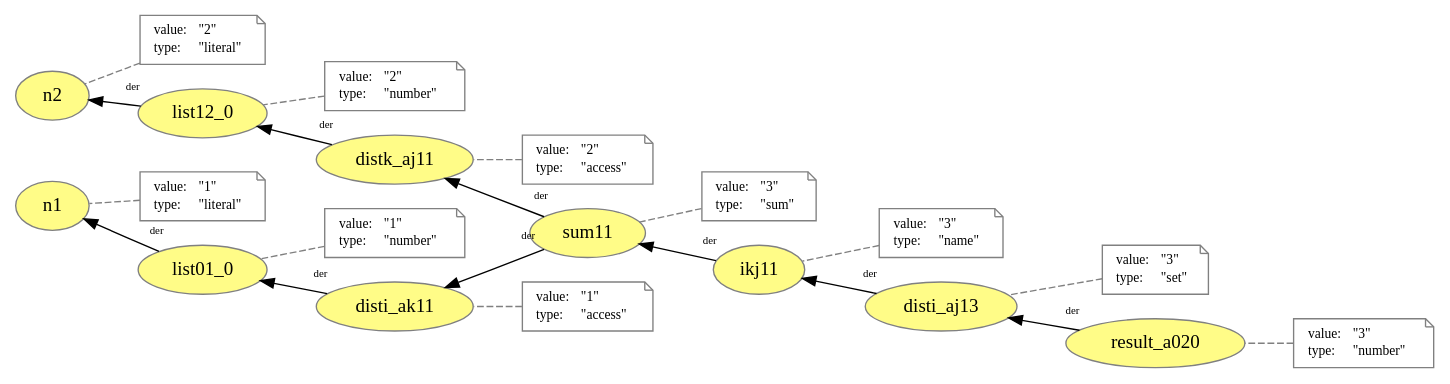
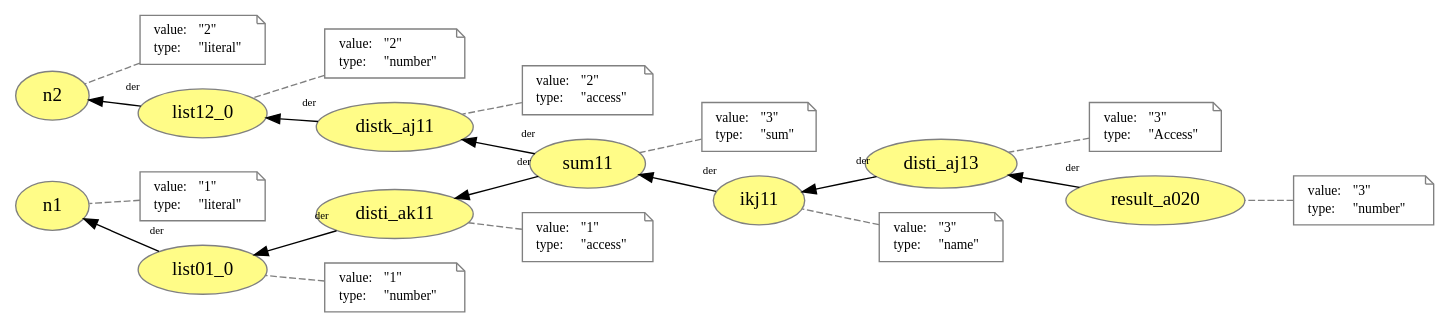
One commit to dew-uff/versioned-prov changed the diagram in prov_dictionary/query.dot. Above: the diagram before and after it, drawn with Graphviz. The commit also changed 486 other files, not shown here.

```diff
--- a/prov_dictionary/query.dot
+++ b/prov_dictionary/query.dot
@@ -1,131 +1,131 @@
 digraph "PROV" { size="16,12"; rankdir="RL";
-"http://example.org/result_a020" -> "http://example.org/disti_aj13" [labelfontsize="8",labeldistance="1.5",labelangle="60.0",rotation="20",taillabel="der"]
-"http://example.org/sum11" -> "http://example.org/distk_aj11" [labelfontsize="8",labeldistance="1.5",labelangle="60.0",rotation="20",taillabel="der"]
-"http://example.org/distk_aj11" -> "http://example.org/list12_0" [labelfontsize="8",labeldistance="1.5",labelangle="60.0",rotation="20",taillabel="der"]
-"http://example.org/result_a020" [fillcolor="#FFFC87",color="#808080",style="filled",label="result_a020",URL="http://example.org/result_a020"]
+"http://example.org/list12_0" [fillcolor="#FFFC87",color="#808080",style="filled",label="list12_0",URL="http://example.org/list12_0"]
 "-attrs0" [color="gray",shape="note",fontsize="10",fontcolor="black",label=<<TABLE cellpadding="0" border="0">
-	<TR>
-	    <TD align="left">value:</TD>
-	    <TD align="left">&quot;3&quot;</TD>
-	</TR>
-	<TR>
-	    <TD align="left">type:</TD>
-	    <TD align="left">&quot;number&quot;</TD>
-	</TR>
-</TABLE>>]
-"-attrs0" -> "http://example.org/result_a020" [color="gray",style="dashed",arrowhead="none"]
-"http://example.org/disti_aj13" -> "http://example.org/ikj11" [labelfontsize="8",labeldistance="1.5",labelangle="60.0",rotation="20",taillabel="der"]
-"http://example.org/list12_0" -> "http://example.org/n2" [labelfontsize="8",labeldistance="1.5",labelangle="60.0",rotation="20",taillabel="der"]
-"http://example.org/list12_0" [fillcolor="#FFFC87",color="#808080",style="filled",label="list12_0",URL="http://example.org/list12_0"]
-"-attrs1" [color="gray",shape="note",fontsize="10",fontcolor="black",label=<<TABLE cellpadding="0" border="0">
 	<TR>
 	    <TD align="left">value:</TD>
 	    <TD align="left">&quot;2&quot;</TD>
 	</TR>
 	<TR>
 	    <TD align="left">type:</TD>
 	    <TD align="left">&quot;number&quot;</TD>
 	</TR>
 </TABLE>>]
-"-attrs1" -> "http://example.org/list12_0" [color="gray",style="dashed",arrowhead="none"]
-"http://example.org/list01_0" [fillcolor="#FFFC87",color="#808080",style="filled",label="list01_0",URL="http://example.org/list01_0"]
+"-attrs0" -> "http://example.org/list12_0" [color="gray",style="dashed",arrowhead="none"]
+"http://example.org/disti_aj13" [fillcolor="#FFFC87",color="#808080",style="filled",label="disti_aj13",URL="http://example.org/disti_aj13"]
+"-attrs1" [color="gray",shape="note",fontsize="10",fontcolor="black",label=<<TABLE cellpadding="0" border="0">
+	<TR>
+	    <TD align="left">value:</TD>
+	    <TD align="left">&quot;3&quot;</TD>
+	</TR>
+	<TR>
+	    <TD align="left">type:</TD>
+	    <TD align="left">&quot;Access&quot;</TD>
+	</TR>
+</TABLE>>]
+"-attrs1" -> "http://example.org/disti_aj13" [color="gray",style="dashed",arrowhead="none"]
+"http://example.org/disti_ak11" [fillcolor="#FFFC87",color="#808080",style="filled",label="disti_ak11",URL="http://example.org/disti_ak11"]
 "-attrs2" [color="gray",shape="note",fontsize="10",fontcolor="black",label=<<TABLE cellpadding="0" border="0">
 	<TR>
 	    <TD align="left">value:</TD>
 	    <TD align="left">&quot;1&quot;</TD>
 	</TR>
 	<TR>
 	    <TD align="left">type:</TD>
-	    <TD align="left">&quot;number&quot;</TD>
+	    <TD align="left">&quot;access&quot;</TD>
 	</TR>
 </TABLE>>]
-"-attrs2" -> "http://example.org/list01_0" [color="gray",style="dashed",arrowhead="none"]
+"-attrs2" -> "http://example.org/disti_ak11" [color="gray",style="dashed",arrowhead="none"]
 "http://example.org/n2" [fillcolor="#FFFC87",color="#808080",style="filled",label="n2",URL="http://example.org/n2"]
 "-attrs3" [color="gray",shape="note",fontsize="10",fontcolor="black",label=<<TABLE cellpadding="0" border="0">
 	<TR>
 	    <TD align="left">value:</TD>
 	    <TD align="left">&quot;2&quot;</TD>
 	</TR>
 	<TR>
 	    <TD align="left">type:</TD>
 	    <TD align="left">&quot;literal&quot;</TD>
 	</TR>
 </TABLE>>]
 "-attrs3" -> "http://example.org/n2" [color="gray",style="dashed",arrowhead="none"]
+"http://example.org/sum11" -> "http://example.org/disti_ak11" [labelfontsize="8",labeldistance="1.5",labelangle="60.0",rotation="20",taillabel="der"]
+"http://example.org/disti_ak11" -> "http://example.org/list01_0" [labelfontsize="8",labeldistance="1.5",labelangle="60.0",rotation="20",taillabel="der"]
+"http://example.org/list01_0" [fillcolor="#FFFC87",color="#808080",style="filled",label="list01_0",URL="http://example.org/list01_0"]
+"-attrs4" [color="gray",shape="note",fontsize="10",fontcolor="black",label=<<TABLE cellpadding="0" border="0">
+	<TR>
+	    <TD align="left">value:</TD>
+	    <TD align="left">&quot;1&quot;</TD>
+	</TR>
+	<TR>
+	    <TD align="left">type:</TD>
+	    <TD align="left">&quot;number&quot;</TD>
+	</TR>
+</TABLE>>]
+"-attrs4" -> "http://example.org/list01_0" [color="gray",style="dashed",arrowhead="none"]
+"http://example.org/n1" [fillcolor="#FFFC87",color="#808080",style="filled",label="n1",URL="http://example.org/n1"]
+"-attrs5" [color="gray",shape="note",fontsize="10",fontcolor="black",label=<<TABLE cellpadding="0" border="0">
+	<TR>
+	    <TD align="left">value:</TD>
+	    <TD align="left">&quot;1&quot;</TD>
+	</TR>
+	<TR>
+	    <TD align="left">type:</TD>
+	    <TD align="left">&quot;literal&quot;</TD>
+	</TR>
+</TABLE>>]
+"-attrs5" -> "http://example.org/n1" [color="gray",style="dashed",arrowhead="none"]
+"http://example.org/result_a020" [fillcolor="#FFFC87",color="#808080",style="filled",label="result_a020",URL="http://example.org/result_a020"]
+"-attrs6" [color="gray",shape="note",fontsize="10",fontcolor="black",label=<<TABLE cellpadding="0" border="0">
+	<TR>
+	    <TD align="left">value:</TD>
+	    <TD align="left">&quot;3&quot;</TD>
+	</TR>
+	<TR>
+	    <TD align="left">type:</TD>
+	    <TD align="left">&quot;number&quot;</TD>
+	</TR>
+</TABLE>>]
+"-attrs6" -> "http://example.org/result_a020" [color="gray",style="dashed",arrowhead="none"]
+"http://example.org/result_a020" -> "http://example.org/disti_aj13" [labelfontsize="8",labeldistance="1.5",labelangle="60.0",rotation="20",taillabel="der"]
+"http://example.org/sum11" [fillcolor="#FFFC87",color="#808080",style="filled",label="sum11",URL="http://example.org/sum11"]
+"-attrs7" [color="gray",shape="note",fontsize="10",fontcolor="black",label=<<TABLE cellpadding="0" border="0">
+	<TR>
+	    <TD align="left">value:</TD>
+	    <TD align="left">&quot;3&quot;</TD>
+	</TR>
+	<TR>
+	    <TD align="left">type:</TD>
+	    <TD align="left">&quot;sum&quot;</TD>
+	</TR>
+</TABLE>>]
+"-attrs7" -> "http://example.org/sum11" [color="gray",style="dashed",arrowhead="none"]
+"http://example.org/sum11" -> "http://example.org/distk_aj11" [labelfontsize="8",labeldistance="1.5",labelangle="60.0",rotation="20",taillabel="der"]
+"http://example.org/list12_0" -> "http://example.org/n2" [labelfontsize="8",labeldistance="1.5",labelangle="60.0",rotation="20",taillabel="der"]
+"http://example.org/distk_aj11" -> "http://example.org/list12_0" [labelfontsize="8",labeldistance="1.5",labelangle="60.0",rotation="20",taillabel="der"]
+"http://example.org/ikj11" -> "http://example.org/sum11" [labelfontsize="8",labeldistance="1.5",labelangle="60.0",rotation="20",taillabel="der"]
+"http://example.org/distk_aj11" [fillcolor="#FFFC87",color="#808080",style="filled",label="distk_aj11",URL="http://example.org/distk_aj11"]
+"-attrs8" [color="gray",shape="note",fontsize="10",fontcolor="black",label=<<TABLE cellpadding="0" border="0">
+	<TR>
+	    <TD align="left">value:</TD>
+	    <TD align="left">&quot;2&quot;</TD>
+	</TR>
+	<TR>
+	    <TD align="left">type:</TD>
+	    <TD align="left">&quot;access&quot;</TD>
+	</TR>
+</TABLE>>]
+"-attrs8" -> "http://example.org/distk_aj11" [color="gray",style="dashed",arrowhead="none"]
 "http://example.org/ikj11" [fillcolor="#FFFC87",color="#808080",style="filled",label="ikj11",URL="http://example.org/ikj11"]
-"-attrs4" [color="gray",shape="note",fontsize="10",fontcolor="black",label=<<TABLE cellpadding="0" border="0">
+"-attrs9" [color="gray",shape="note",fontsize="10",fontcolor="black",label=<<TABLE cellpadding="0" border="0">
 	<TR>
 	    <TD align="left">value:</TD>
 	    <TD align="left">&quot;3&quot;</TD>
 	</TR>
 	<TR>
 	    <TD align="left">type:</TD>
 	    <TD align="left">&quot;name&quot;</TD>
 	</TR>
 </TABLE>>]
-"-attrs4" -> "http://example.org/ikj11" [color="gray",style="dashed",arrowhead="none"]
+"-attrs9" -> "http://example.org/ikj11" [color="gray",style="dashed",arrowhead="none"]
+"http://example.org/disti_aj13" -> "http://example.org/ikj11" [labelfontsize="8",labeldistance="1.5",labelangle="60.0",rotation="20",taillabel="der"]
 "http://example.org/list01_0" -> "http://example.org/n1" [labelfontsize="8",labeldistance="1.5",labelangle="60.0",rotation="20",taillabel="der"]
-"http://example.org/disti_aj13" [fillcolor="#FFFC87",color="#808080",style="filled",label="disti_aj13",URL="http://example.org/disti_aj13"]
-"-attrs5" [color="gray",shape="note",fontsize="10",fontcolor="black",label=<<TABLE cellpadding="0" border="0">
-	<TR>
-	    <TD align="left">value:</TD>
-	    <TD align="left">&quot;3&quot;</TD>
-	</TR>
-	<TR>
-	    <TD align="left">type:</TD>
-	    <TD align="left">&quot;set&quot;</TD>
-	</TR>
-</TABLE>>]
-"-attrs5" -> "http://example.org/disti_aj13" [color="gray",style="dashed",arrowhead="none"]
-"http://example.org/ikj11" -> "http://example.org/sum11" [labelfontsize="8",labeldistance="1.5",labelangle="60.0",rotation="20",taillabel="der"]
-"http://example.org/sum11" [fillcolor="#FFFC87",color="#808080",style="filled",label="sum11",URL="http://example.org/sum11"]
-"-attrs6" [color="gray",shape="note",fontsize="10",fontcolor="black",label=<<TABLE cellpadding="0" border="0">
-	<TR>
-	    <TD align="left">value:</TD>
-	    <TD align="left">&quot;3&quot;</TD>
-	</TR>
-	<TR>
-	    <TD align="left">type:</TD>
-	    <TD align="left">&quot;sum&quot;</TD>
-	</TR>
-</TABLE>>]
-"-attrs6" -> "http://example.org/sum11" [color="gray",style="dashed",arrowhead="none"]
-"http://example.org/n1" [fillcolor="#FFFC87",color="#808080",style="filled",label="n1",URL="http://example.org/n1"]
-"-attrs7" [color="gray",shape="note",fontsize="10",fontcolor="black",label=<<TABLE cellpadding="0" border="0">
-	<TR>
-	    <TD align="left">value:</TD>
-	    <TD align="left">&quot;1&quot;</TD>
-	</TR>
-	<TR>
-	    <TD align="left">type:</TD>
-	    <TD align="left">&quot;literal&quot;</TD>
-	</TR>
-</TABLE>>]
-"-attrs7" -> "http://example.org/n1" [color="gray",style="dashed",arrowhead="none"]
-"http://example.org/disti_ak11" -> "http://example.org/list01_0" [labelfontsize="8",labeldistance="1.5",labelangle="60.0",rotation="20",taillabel="der"]
-"http://example.org/disti_ak11" [fillcolor="#FFFC87",color="#808080",style="filled",label="disti_ak11",URL="http://example.org/disti_ak11"]
-"-attrs8" [color="gray",shape="note",fontsize="10",fontcolor="black",label=<<TABLE cellpadding="0" border="0">
-	<TR>
-	    <TD align="left">value:</TD>
-	    <TD align="left">&quot;1&quot;</TD>
-	</TR>
-	<TR>
-	    <TD align="left">type:</TD>
-	    <TD align="left">&quot;access&quot;</TD>
-	</TR>
-</TABLE>>]
-"-attrs8" -> "http://example.org/disti_ak11" [color="gray",style="dashed",arrowhead="none"]
-"http://example.org/sum11" -> "http://example.org/disti_ak11" [labelfontsize="8",labeldistance="1.5",labelangle="60.0",rotation="20",taillabel="der"]
-"http://example.org/distk_aj11" [fillcolor="#FFFC87",color="#808080",style="filled",label="distk_aj11",URL="http://example.org/distk_aj11"]
-"-attrs9" [color="gray",shape="note",fontsize="10",fontcolor="black",label=<<TABLE cellpadding="0" border="0">
-	<TR>
-	    <TD align="left">value:</TD>
-	    <TD align="left">&quot;2&quot;</TD>
-	</TR>
-	<TR>
-	    <TD align="left">type:</TD>
-	    <TD align="left">&quot;access&quot;</TD>
-	</TR>
-</TABLE>>]
-"-attrs9" -> "http://example.org/distk_aj11" [color="gray",style="dashed",arrowhead="none"]
 }
```
